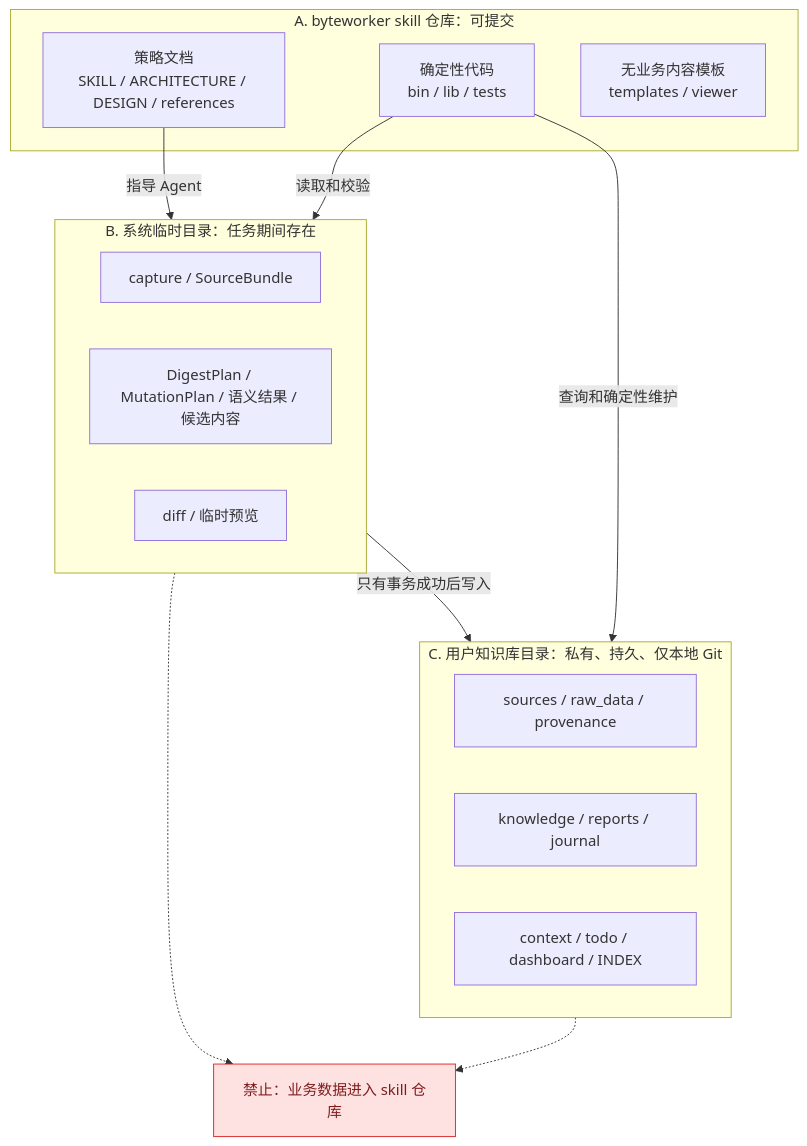
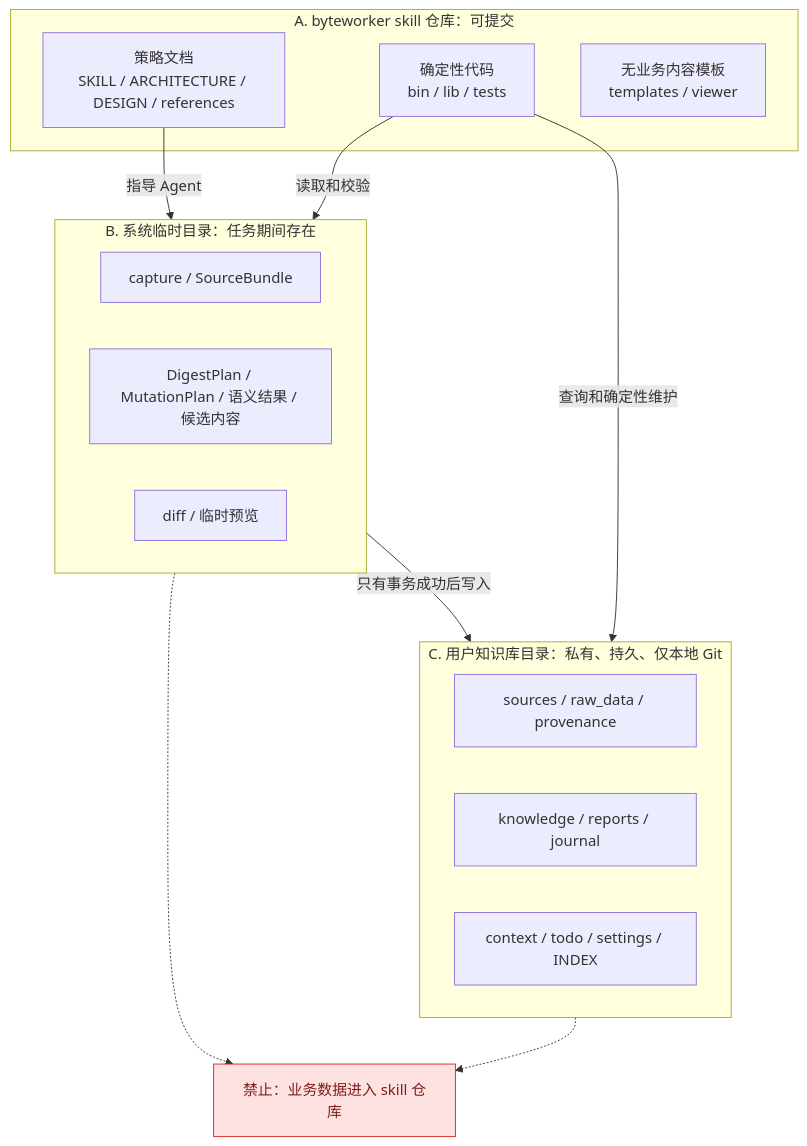
One commit to ranjiao/byteworker changed the second of 19 diagrams in docs/development/ARCHITECTURE.md. Above: the diagram before and after it, drawn with Mermaid. The commit also changed other lines of this file and 52 other files, not shown here.

````diff
--- a/docs/development/ARCHITECTURE.md
+++ b/docs/development/ARCHITECTURE.md
@@ -58,31 +58,31 @@
 ```mermaid
 flowchart TB
     subgraph R["A. byteworker skill 仓库：可提交"]
         R1["策略文档<br/>SKILL / ARCHITECTURE / DESIGN / references"]
         R2["确定性代码<br/>bin / lib / tests"]
         R3["无业务内容模板<br/>templates / viewer"]
     end
 
     subgraph T["B. 系统临时目录：任务期间存在"]
         T1["capture / SourceBundle"]
         T2["DigestPlan / MutationPlan / 语义结果 / 候选内容"]
         T3["diff / 临时预览"]
     end
 
     subgraph K["C. 用户知识库目录：私有、持久、仅本地 Git"]
         K1["sources / raw_data / provenance"]
         K2["knowledge / reports / journal"]
-        K3["context / todo / dashboard / INDEX"]
+        K3["context / todo / settings / INDEX"]
     end
 
     R1 -->|"指导 Agent"| T
     R2 -->|"读取和校验"| T
     T -->|"只有事务成功后写入"| K
     R2 -->|"查询和确定性维护"| K
 
     X["禁止：业务数据进入 skill 仓库"]:::danger
     T -.-> X
     K -.-> X
 
     classDef danger fill:#fee2e2,stroke:#dc2626,color:#7f1d1d
 ```
````
